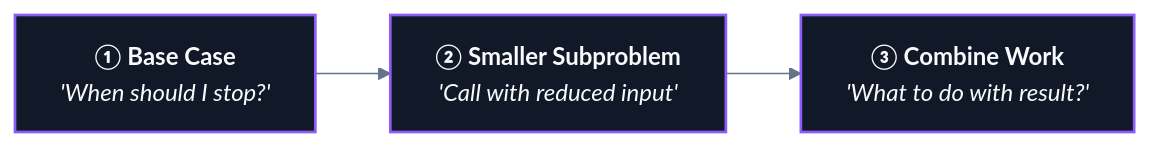
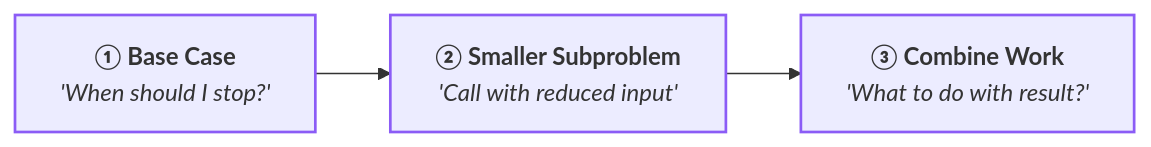
The second of 2 diagrams in CS/DSA/05. Recursion & Backtracking/01. Recursion Fundamentals.md (abhinavbharti2345/CS_Notes), drawn with Mermaid before and after one commit. The commit also changed other lines of this file and 91 other files, not shown here.

````diff
--- a/CS/DSA/05. Recursion & Backtracking/01. Recursion Fundamentals.md
+++ b/CS/DSA/05. Recursion & Backtracking/01. Recursion Fundamentals.md
@@ -262,8 +261,7 @@
 ```mermaid
-%%{init: {'theme': 'base', 'themeVariables': { 'darkMode': true, 'background': '#0B0F14', 'mainBkg': '#111827', 'primaryColor': '#111827', 'primaryTextColor': '#F8FAFC', 'primaryBorderColor': '#38BDF8', 'lineColor': '#64748B', 'secondaryColor': '#0B0F14', 'tertiaryColor': '#0B0F14', 'clusterBkg': '#0B0F14', 'clusterBorder': '#38BDF8' }}}%%
 flowchart LR
     Q1["<b>① Base Case</b><br/><i>'When should I stop?'</i>"] --> Q2["<b>② Smaller Subproblem</b><br/><i>'Call with reduced input'</i>"] --> Q3["<b>③ Combine Work</b><br/><i>'What to do with result?'</i>"]
 
-    classDef qBox fill:#111827,stroke:#8b5cf6,stroke-width:1.8px,color:#F8FAFC;
+    classDef qBox stroke:#8b5cf6,stroke-width:1.8px;
     class Q1,Q2,Q3 qBox;
 ```
````
